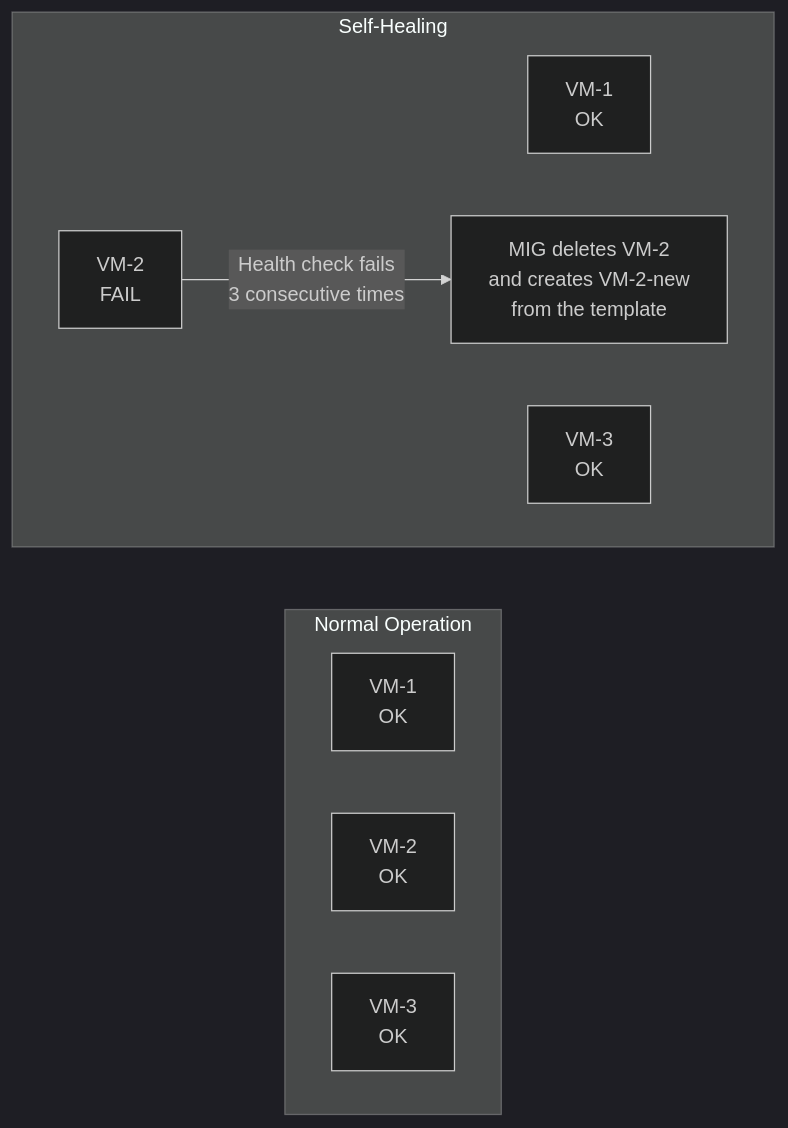
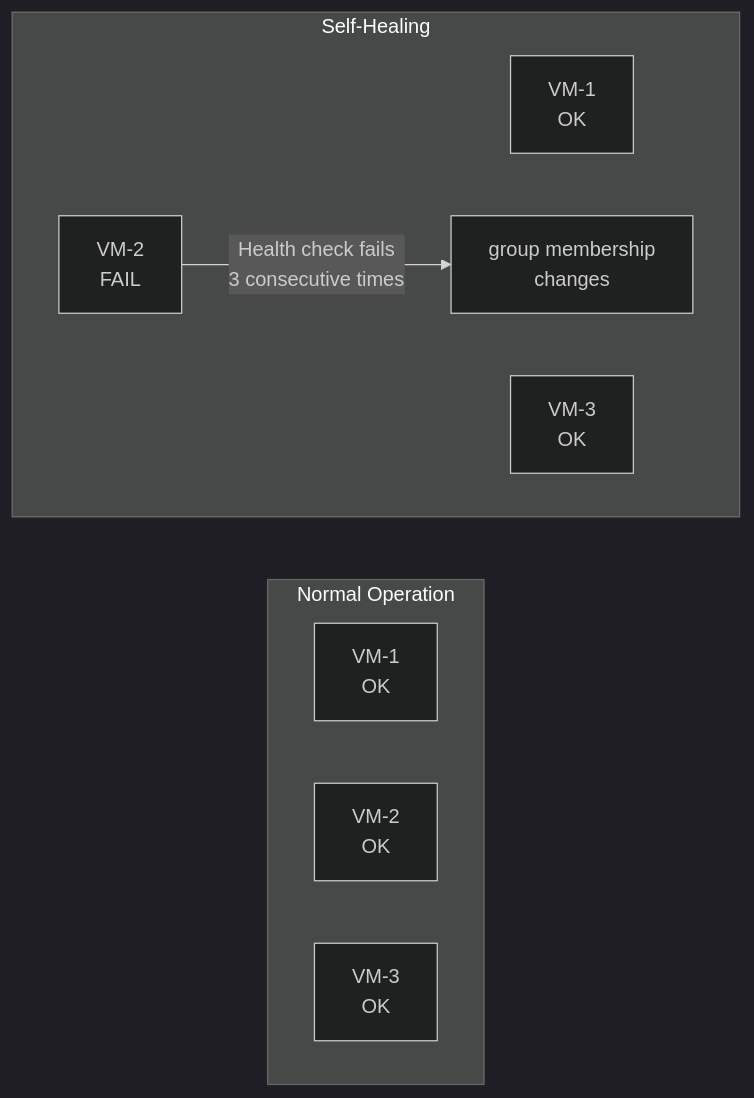
Before and after one commit to kube-dojo/kube-dojo.github.io: the second of 4 diagrams in src/content/docs/cloud/gcp-essentials/module-2.3-compute.md, drawn with Mermaid (dark theme). The commit also changed other lines of this file, not shown here.

````diff
--- a/src/content/docs/cloud/gcp-essentials/module-2.3-compute.md
+++ b/src/content/docs/cloud/gcp-essentials/module-2.3-compute.md
@@ -579,18 +579,18 @@
 ```mermaid
 flowchart LR
     subgraph "Normal Operation"
         direction LR
         VM1["VM-1<br/>OK"]
         VM2["VM-2<br/>OK"]
         VM3["VM-3<br/>OK"]
     end
 
     subgraph "Self-Healing"
         direction LR
         VM1b["VM-1<br/>OK"]
         VM2b["VM-2<br/>FAIL"]
         VM3b["VM-3<br/>OK"]
         
-        VM2b -- "Health check fails<br/>3 consecutive times" --> Action["MIG deletes VM-2<br/>and creates VM-2-new<br/>from the template"]
+        VM2b -- "Health check fails<br/>3 consecutive times" --> Action["group membership<br/>changes"]
     end
 ```
````
